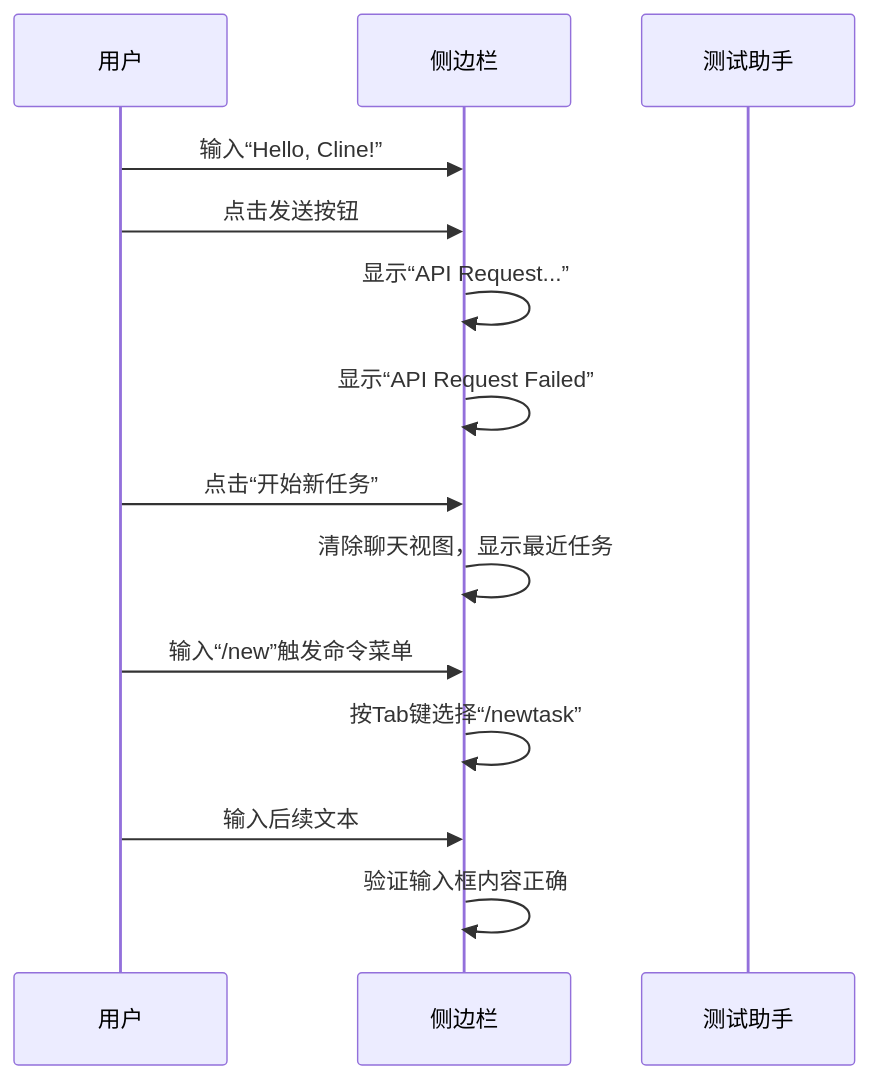
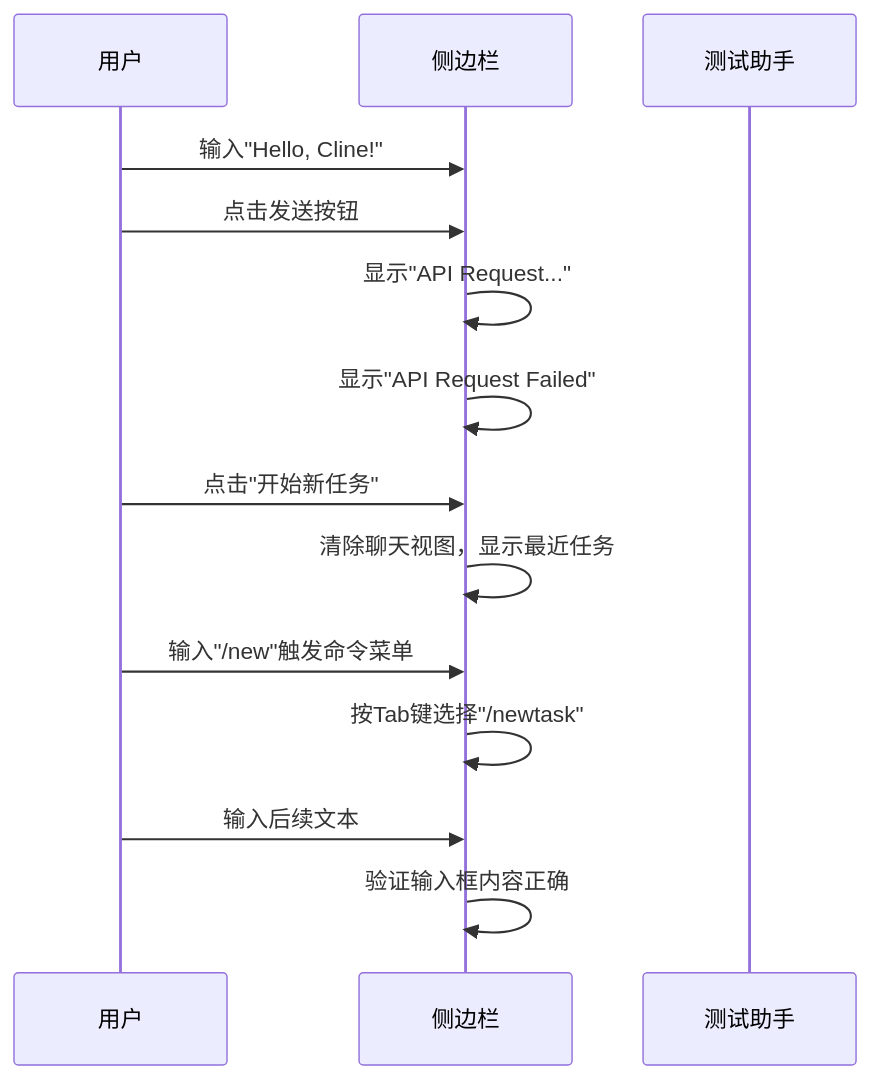
Before and after one commit to fix-echo/cline: the second of 2 diagrams in .qoder/repowiki/zh/content/测试与评估/自动化测试/端到端测试.md, drawn with Mermaid. The commit also changed other lines of this file and 17 other files, not shown here.

````diff
--- a/.qoder/repowiki/zh/content/测试与评估/自动化测试/端到端测试.md
+++ b/.qoder/repowiki/zh/content/测试与评估/自动化测试/端到端测试.md
@@ -65,16 +83,16 @@
 ```mermaid
 sequenceDiagram
 participant User as 用户
 participant Sidebar as 侧边栏
 participant Helper as 测试助手
-User->>Sidebar : 输入“Hello, Cline!”
+User->>Sidebar : 输入"Hello, Cline!"
 User->>Sidebar : 点击发送按钮
-Sidebar->>Sidebar : 显示“API Request...”
-Sidebar->>Sidebar : 显示“API Request Failed”
-User->>Sidebar : 点击“开始新任务”
+Sidebar->>Sidebar : 显示"API Request..."
+Sidebar->>Sidebar : 显示"API Request Failed"
+User->>Sidebar : 点击"开始新任务"
 Sidebar->>Sidebar : 清除聊天视图，显示最近任务
-User->>Sidebar : 输入“/new”触发命令菜单
-Sidebar->>Sidebar : 按Tab键选择“/newtask”
+User->>Sidebar : 输入"/new"触发命令菜单
+Sidebar->>Sidebar : 按Tab键选择"/newtask"
 User->>Sidebar : 输入后续文本
 Sidebar->>Sidebar : 验证输入框内容正确
 ```
````
